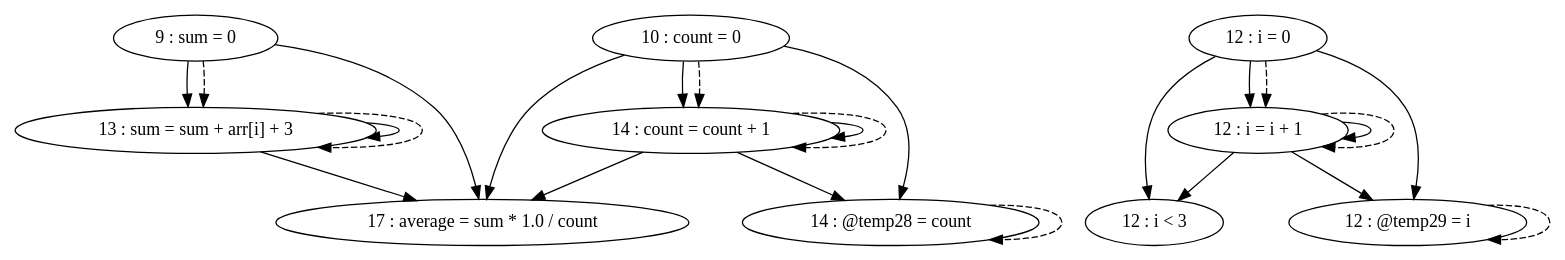
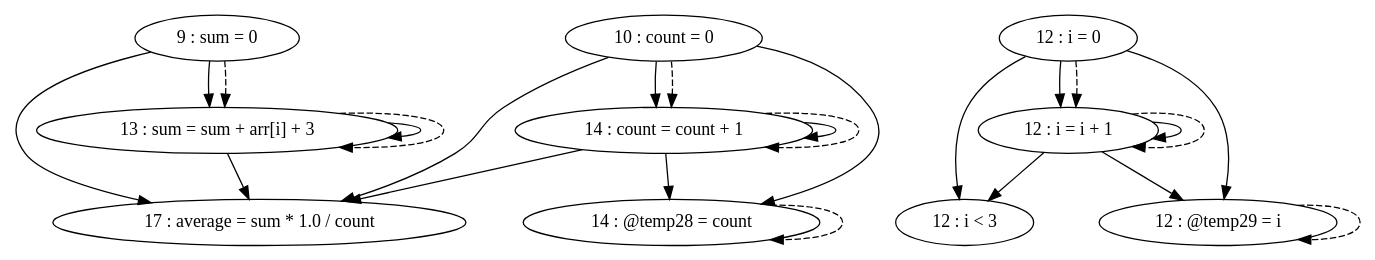
Before and after one commit to thomassimko/thesis-code-duplication: the diagram in pdg/source/testFiles/TestCases/TestCase7/TestCase7-test1.gv, drawn with Graphviz. The commit also changed other lines of this file and 107 other files, not shown here.

```diff
--- a/pdg/source/testFiles/TestCases/TestCase7/TestCase7-test1.gv
+++ b/pdg/source/testFiles/TestCases/TestCase7/TestCase7-test1.gv
@@ -1,36 +1,36 @@
 digraph G {
 "9 : sum = 0"
+"9 : sum = 0" -> "17 : average = sum * 1.0 / count"
 "9 : sum = 0" -> "13 : sum = sum + arr[i] + 3"
-"9 : sum = 0" -> "17 : average = sum * 1.0 / count"
 "9 : sum = 0" -> "13 : sum = sum + arr[i] + 3" [style=dashed]
 "10 : count = 0"
 "10 : count = 0" -> "14 : @temp28 = count"
 "10 : count = 0" -> "17 : average = sum * 1.0 / count"
 "10 : count = 0" -> "14 : count = count + 1"
 "10 : count = 0" -> "14 : count = count + 1" [style=dashed]
 "12 : i = 0"
 "12 : i = 0" -> "12 : i < 3"
+"12 : i = 0" -> "12 : @temp29 = i"
 "12 : i = 0" -> "12 : i = i + 1"
-"12 : i = 0" -> "12 : @temp29 = i"
 "12 : i = 0" -> "12 : i = i + 1" [style=dashed]
 "12 : i < 3"
 "13 : sum = sum + arr[i] + 3"
+"13 : sum = sum + arr[i] + 3" -> "17 : average = sum * 1.0 / count"
 "13 : sum = sum + arr[i] + 3" -> "13 : sum = sum + arr[i] + 3"
-"13 : sum = sum + arr[i] + 3" -> "17 : average = sum * 1.0 / count"
 "13 : sum = sum + arr[i] + 3" -> "13 : sum = sum + arr[i] + 3" [style=dashed]
 "14 : @temp28 = count"
 "14 : @temp28 = count" -> "14 : @temp28 = count" [style=dashed]
 "14 : count = count + 1"
 "14 : count = count + 1" -> "14 : @temp28 = count"
 "14 : count = count + 1" -> "17 : average = sum * 1.0 / count"
 "14 : count = count + 1" -> "14 : count = count + 1"
 "14 : count = count + 1" -> "14 : count = count + 1" [style=dashed]
 "12 : @temp29 = i"
 "12 : @temp29 = i" -> "12 : @temp29 = i" [style=dashed]
 "12 : i = i + 1"
 "12 : i = i + 1" -> "12 : i < 3"
+"12 : i = i + 1" -> "12 : @temp29 = i"
 "12 : i = i + 1" -> "12 : i = i + 1"
-"12 : i = i + 1" -> "12 : @temp29 = i"
 "12 : i = i + 1" -> "12 : i = i + 1" [style=dashed]
 "17 : average = sum * 1.0 / count"
 }
```
